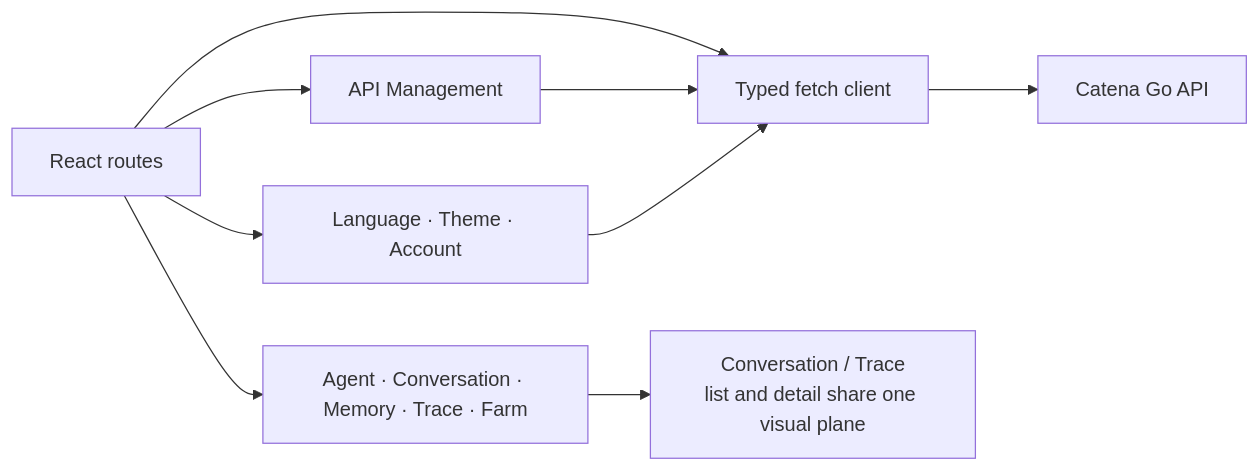
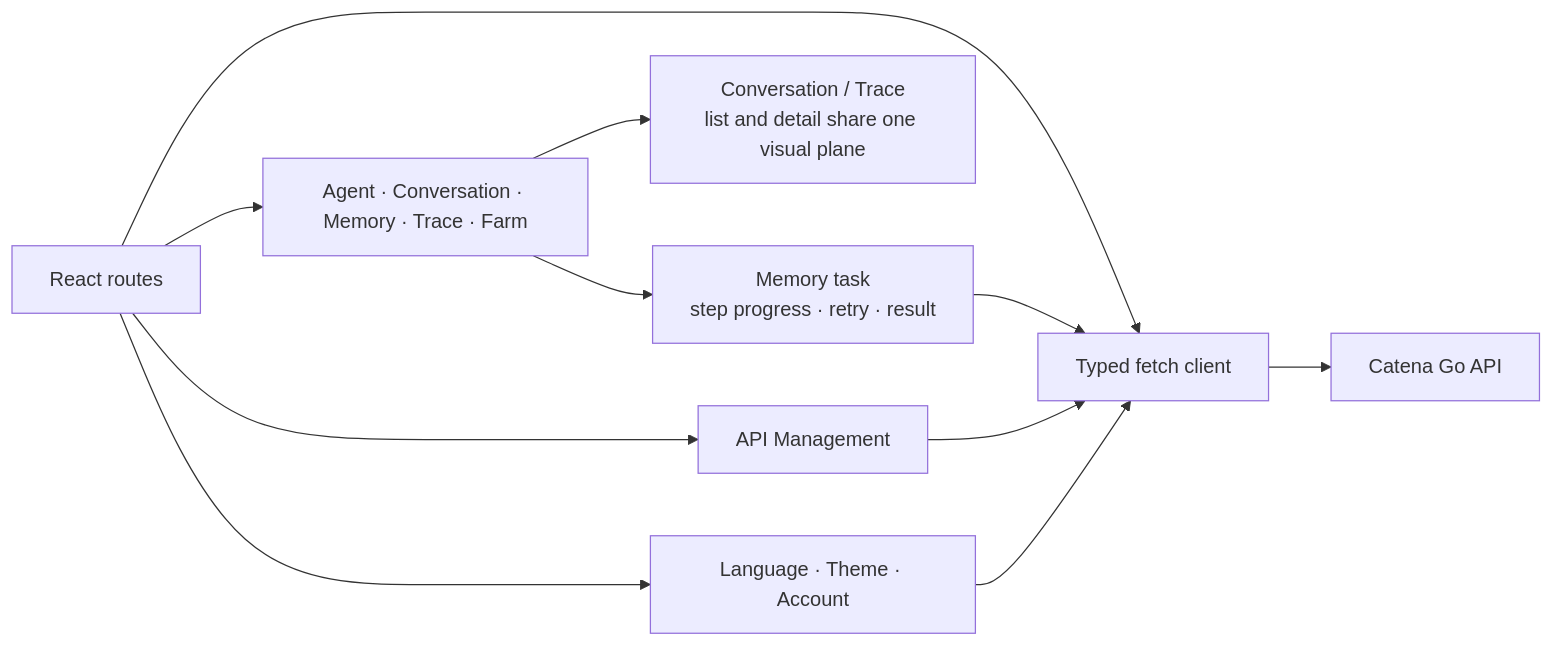
The first of 2 diagrams in catena-web/SPEC.md (fightheyyy/CATENA), drawn with Mermaid before and after one commit. The commit also changed other lines of this file and 19 other files, not shown here.

Commit message:
Expose memory extraction progress

````diff
--- a/catena-web/SPEC.md
+++ b/catena-web/SPEC.md
@@ -12,11 +12,13 @@
 ```mermaid
 flowchart LR
     Routes["React routes"] --> API["Typed fetch client"]
     API --> Go["Catena Go API"]
     Routes --> Views["Agent · Conversation · Memory · Trace · Farm"]
     Views --> Flat["Conversation / Trace<br/>list and detail share one visual plane"]
+    Views --> MemoryTask["Memory task<br/>step progress · retry · result"]
+    MemoryTask --> API
     Routes --> Keys["API Management"]
     Keys --> API
     Routes --> Settings["Language · Theme · Account"]
     Settings --> API
 ```
````
